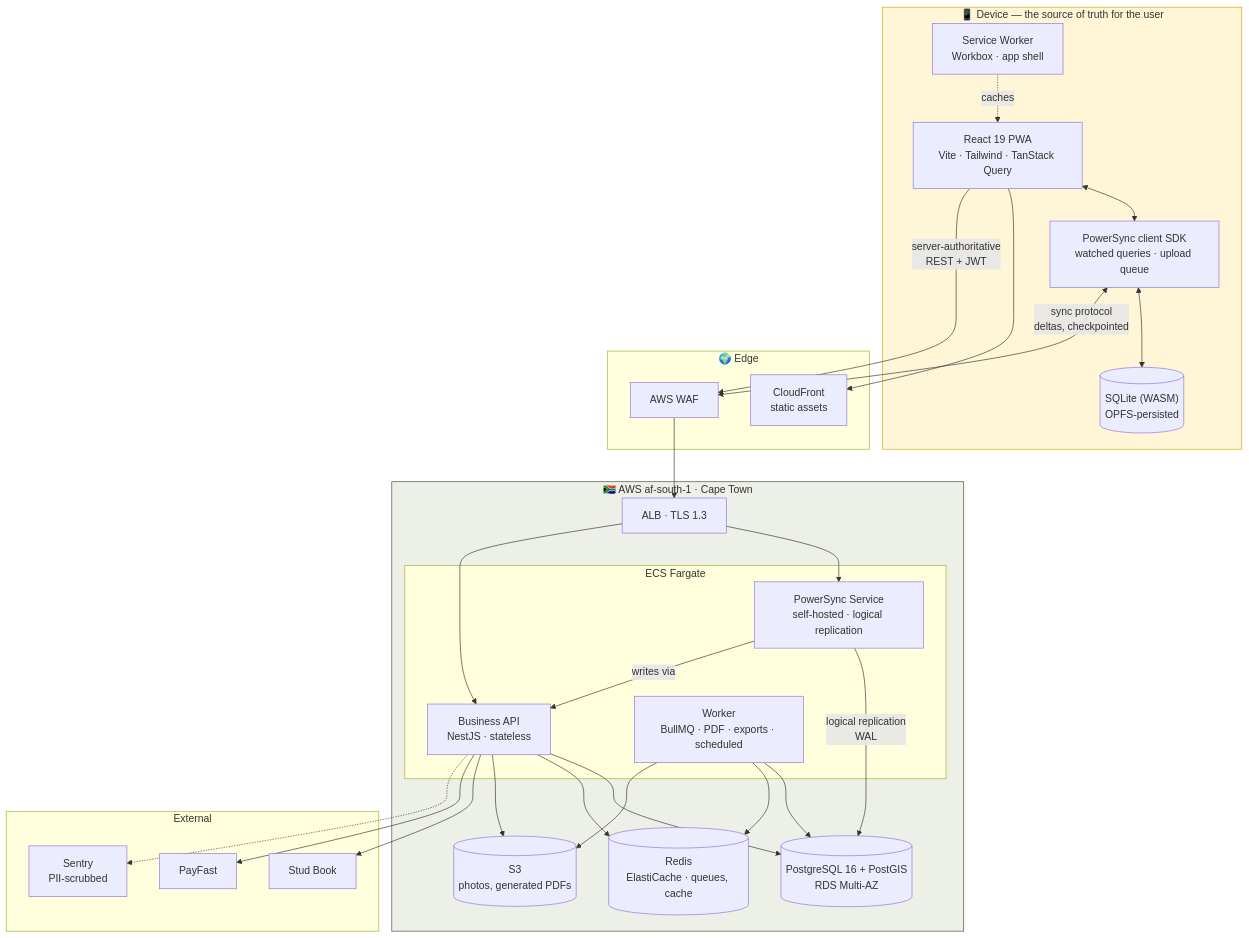
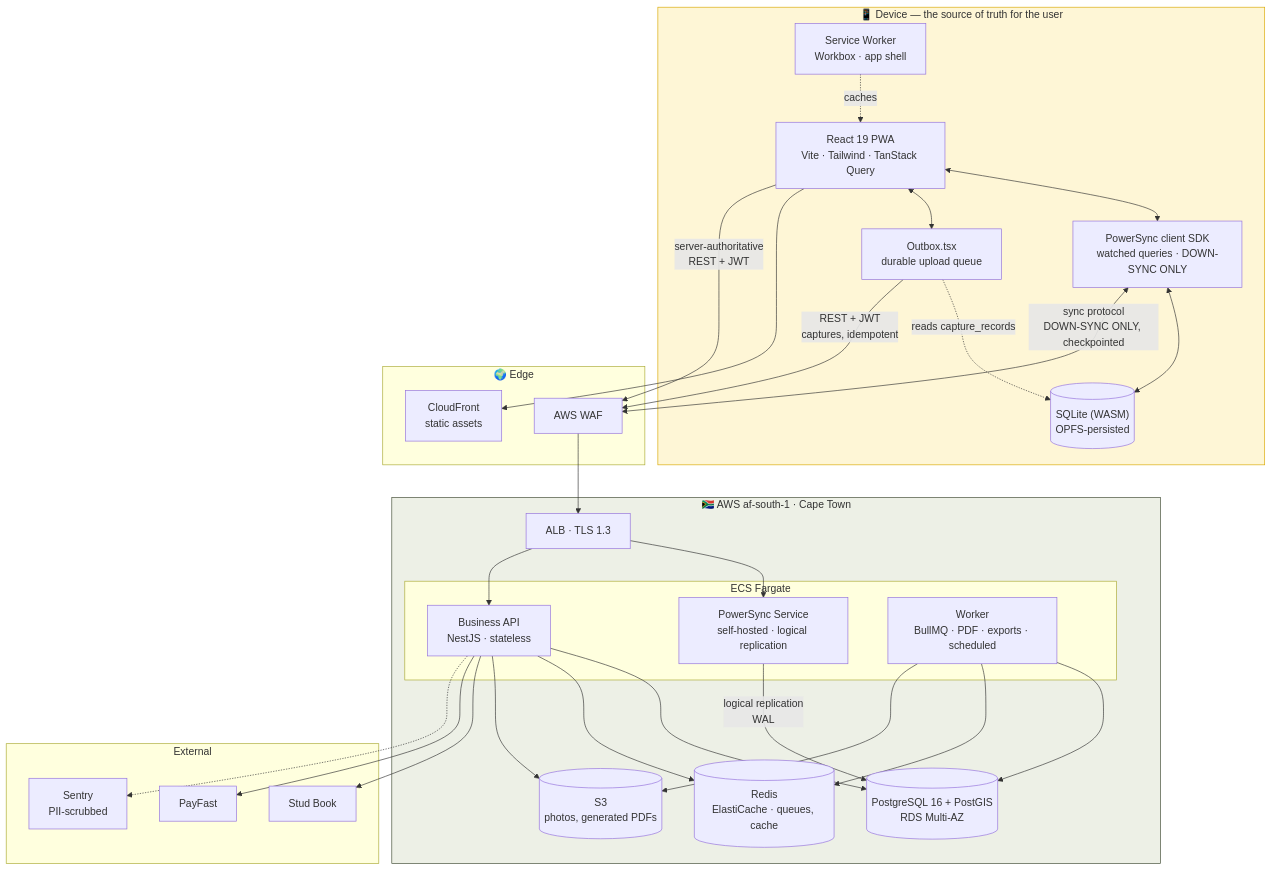
The second of 5 diagrams in docs/03-architecture/architecture.md (JPJvv/werf), drawn with Mermaid before and after one commit. The commit also changed other lines of this file and 8 other files, not shown here.

First line of the commit message:
docs(sync): close the upload-topology decision — ADR-0012, REST-up/PowerSync-down permanent

````diff
--- a/docs/03-architecture/architecture.md
+++ b/docs/03-architecture/architecture.md
@@ -64,52 +64,55 @@
 ```mermaid
 graph TB
     subgraph Device["📱 Device — the source of truth for the user"]
         UI["React 19 PWA<br/>Vite · Tailwind · TanStack Query"]
         SW["Service Worker<br/>Workbox · app shell"]
         SQL[("SQLite (WASM)<br/>OPFS-persisted")]
-        PSC["PowerSync client SDK<br/>watched queries · upload queue"]
+        PSC["PowerSync client SDK<br/>watched queries · DOWN-SYNC ONLY"]
+        OBX["Outbox.tsx<br/>durable upload queue"]
         UI <--> PSC
+        UI <--> OBX
         PSC <--> SQL
+        OBX -.reads capture_records.-> SQL
         SW -.caches.-> UI
     end
 
     subgraph Edge["🌍 Edge"]
         CDN["CloudFront<br/>static assets"]
         WAF["AWS WAF"]
     end
 
     subgraph SA["🇿🇦 AWS af-south-1 · Cape Town"]
         ALB["ALB · TLS 1.3"]
 
         subgraph Compute["ECS Fargate"]
             PS["PowerSync Service<br/>self-hosted · logical replication"]
             API["Business API<br/>NestJS · stateless"]
             WRK["Worker<br/>BullMQ · PDF · exports · scheduled"]
         end
 
         PG[("PostgreSQL 16 + PostGIS<br/>RDS Multi-AZ")]
         RD[("Redis<br/>ElastiCache · queues, cache")]
         S3[("S3<br/>photos, generated PDFs")]
     end
 
     subgraph Ext["External"]
         SB["Stud Book"]
         PF["PayFast"]
         SN["Sentry<br/>PII-scrubbed"]
     end
 
     UI --> CDN
-    PSC <-->|"sync protocol<br/>deltas, checkpointed"| WAF --> ALB --> PS
+    PSC <-->|"sync protocol<br/>DOWN-SYNC ONLY, checkpointed"| WAF --> ALB --> PS
+    OBX -->|"REST + JWT<br/>captures, idempotent"| WAF
     UI -->|"server-authoritative<br/>REST + JWT"| WAF
     ALB --> API
 
     PS -->|"logical replication<br/>WAL"| PG
-    PS -->|writes via| API
     API --> PG & RD & S3
     WRK --> PG & RD & S3
     API --> SB & PF
     API -.-> SN
 
     style Device fill:#FEF6D6,stroke:#D9A800
     style SA fill:#EDF0E6,stroke:#3F4A33
 ```
````
